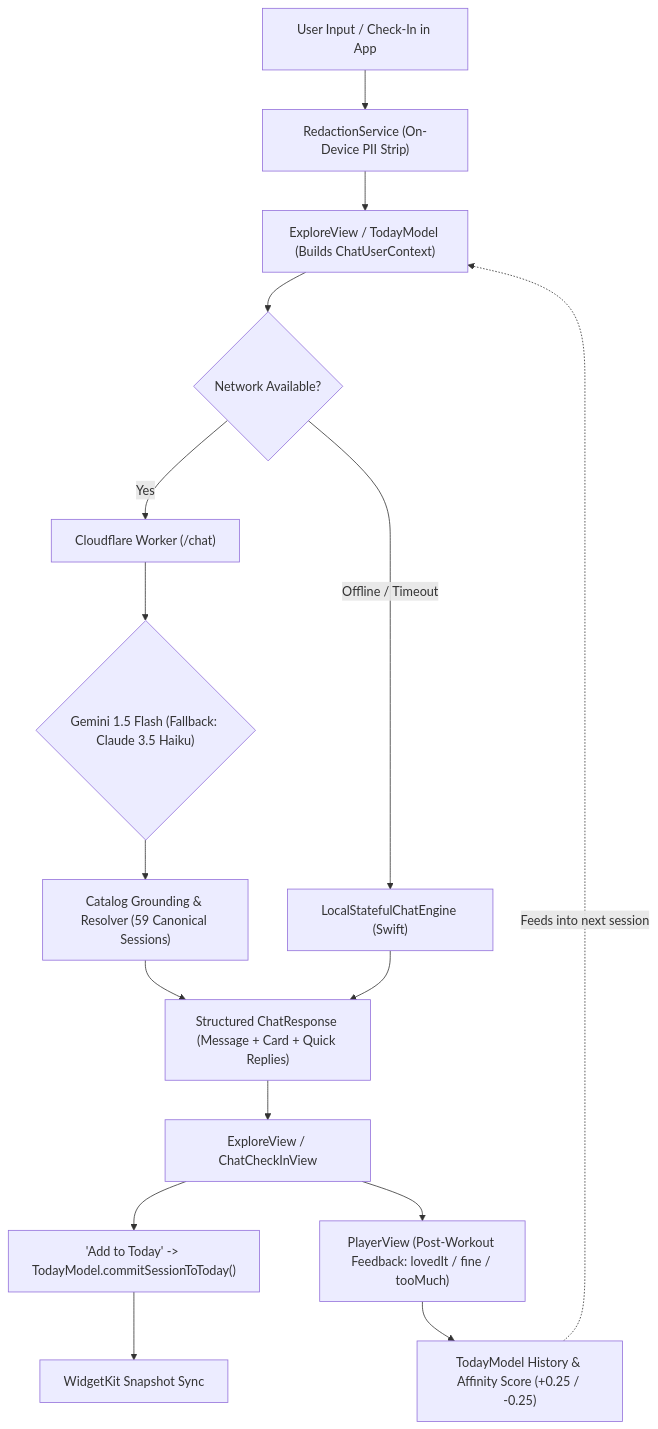
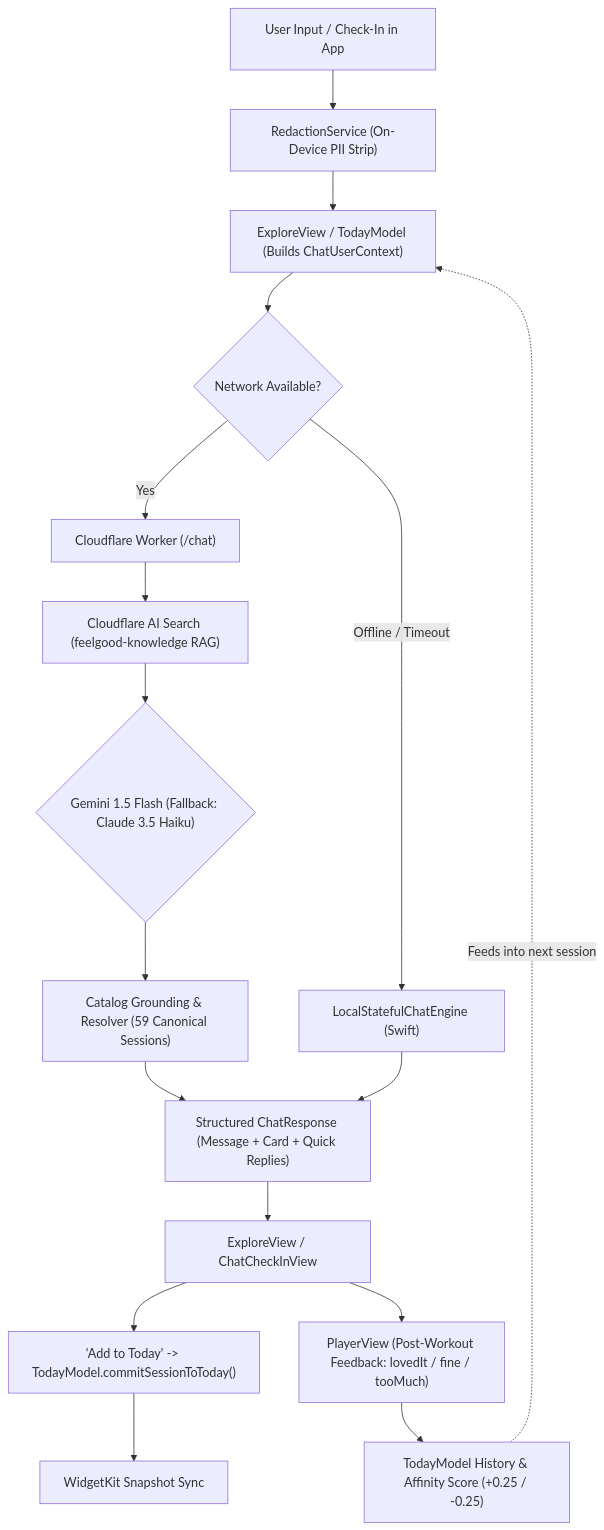
One commit to ameenamalik/FeelGood changed the diagram in CHAT_AGENT_ARCHITECTURE.md. Above: the diagram before and after it, drawn with Mermaid. The commit also changed other lines of this file and 22 other files, not shown here.

Commit message:
Redesign workout flow detail page and resolve Vercel serverless import issues

````diff
--- a/CHAT_AGENT_ARCHITECTURE.md
+++ b/CHAT_AGENT_ARCHITECTURE.md
@@ -22,22 +23,23 @@
 ```mermaid
 flowchart TD
     User["User Input / Check-In in App"] --> Redactor["RedactionService (On-Device PII Strip)"]
     Redactor --> Context["ExploreView / TodayModel (Builds ChatUserContext)"]
     Context --> NetworkCheck{"Network Available?"}
     
     NetworkCheck -- "Yes" --> Worker["Cloudflare Worker (/chat)"]
-    Worker --> LLM{"Gemini 1.5 Flash (Fallback: Claude 3.5 Haiku)"}
+    Worker --> AISearch["Cloudflare AI Search (feelgood-knowledge RAG)"]
+    AISearch --> LLM{"Gemini 1.5 Flash (Fallback: Claude 3.5 Haiku)"}
     LLM --> CatalogResolver["Catalog Grounding & Resolver (59 Canonical Sessions)"]
     CatalogResolver --> JsonResponse["Structured ChatResponse (Message + Card + Quick Replies)"]
     
     NetworkCheck -- "Offline / Timeout" --> LocalEngine["LocalStatefulChatEngine (Swift)"]
     LocalEngine --> JsonResponse
     
     JsonResponse --> UI["ExploreView / ChatCheckInView"]
     UI --> DirectCommit["'Add to Today' -> TodayModel.commitSessionToToday()"]
     DirectCommit --> Widget["WidgetKit Snapshot Sync"]
     
     UI --> PlayerView["PlayerView (Post-Workout Feedback: lovedIt / fine / tooMuch)"]
     PlayerView --> History["TodayModel History & Affinity Score (+0.25 / -0.25)"]
     History -. "Feeds into next session" .-> Context
 ```
````
